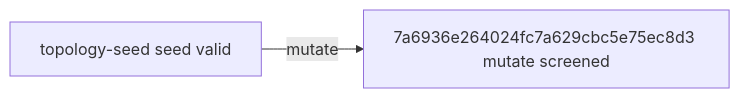
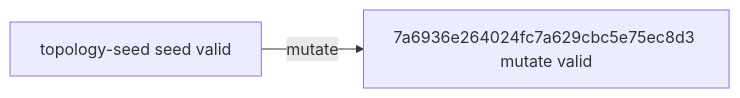
The diagram in experiments/campaigns/layout-numerical-v2/README.md (timbtz/feyer-search-lab), drawn with Mermaid before and after one commit. The commit also changed other lines of this file and 7 other files, not shown here.

````diff
--- a/experiments/campaigns/layout-numerical-v2/README.md
+++ b/experiments/campaigns/layout-numerical-v2/README.md
@@ -21,6 +21,6 @@
 ```mermaid
 graph LR
   n0["topology-seed seed valid"]
-  n1["7a6936e264024fc7a629cbc5e75ec8d3 mutate screened"]
+  n1["7a6936e264024fc7a629cbc5e75ec8d3 mutate valid"]
   n0 -->|mutate| n1
 ```
````
